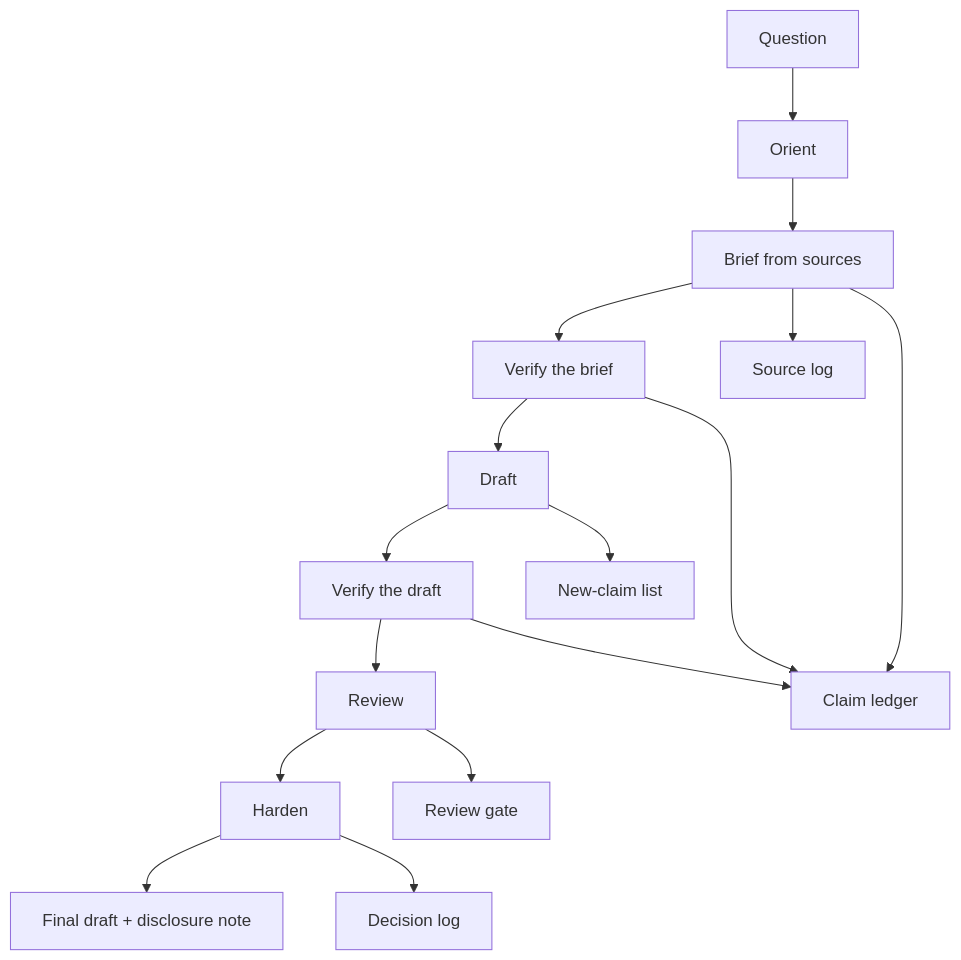
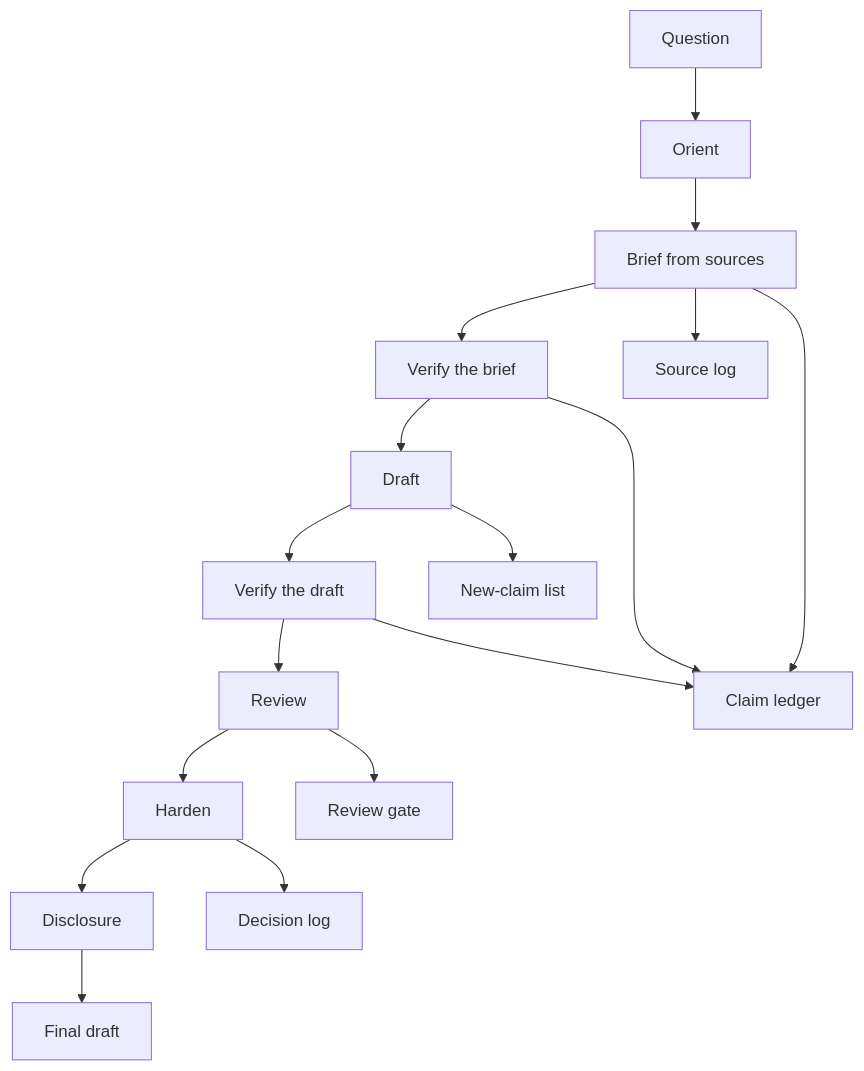
Before and after one commit to smarqart-hash/structured-ai-research-workflows: the first of 2 diagrams in docs/workflow.md, drawn with Mermaid. The commit also changed 13 other files, not shown here.

````diff
--- a/docs/workflow.md
+++ b/docs/workflow.md
@@ -18,19 +18,20 @@
 ```mermaid
 flowchart TD
     Q["Question"] --> O["Orient"]
     O --> B["Brief from sources"]
     B --> VB["Verify the brief"]
     VB --> D["Draft"]
     D --> VD["Verify the draft"]
     VD --> R["Review"]
     R --> H["Harden"]
-    H --> OUT["Final draft + disclosure note"]
+    H --> DN["Disclosure"]
+    DN --> OUT["Final draft"]
 
     B --> SL["Source log"]
     B --> CL["Claim ledger"]
     VB --> CL
     D --> NCL["New-claim list"]
     VD --> CL
     R --> RG["Review gate"]
     H --> DL["Decision log"]
 ```
````
